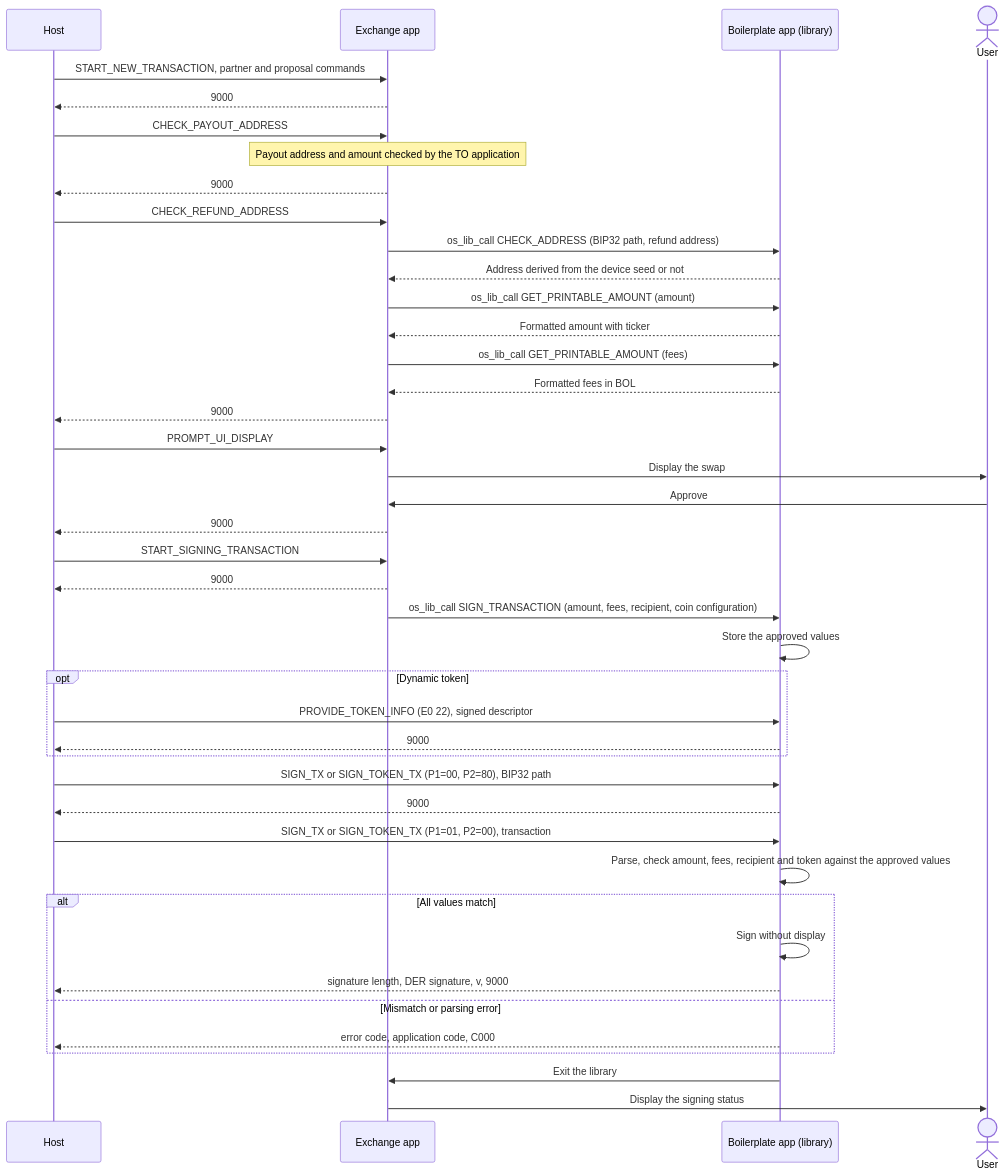
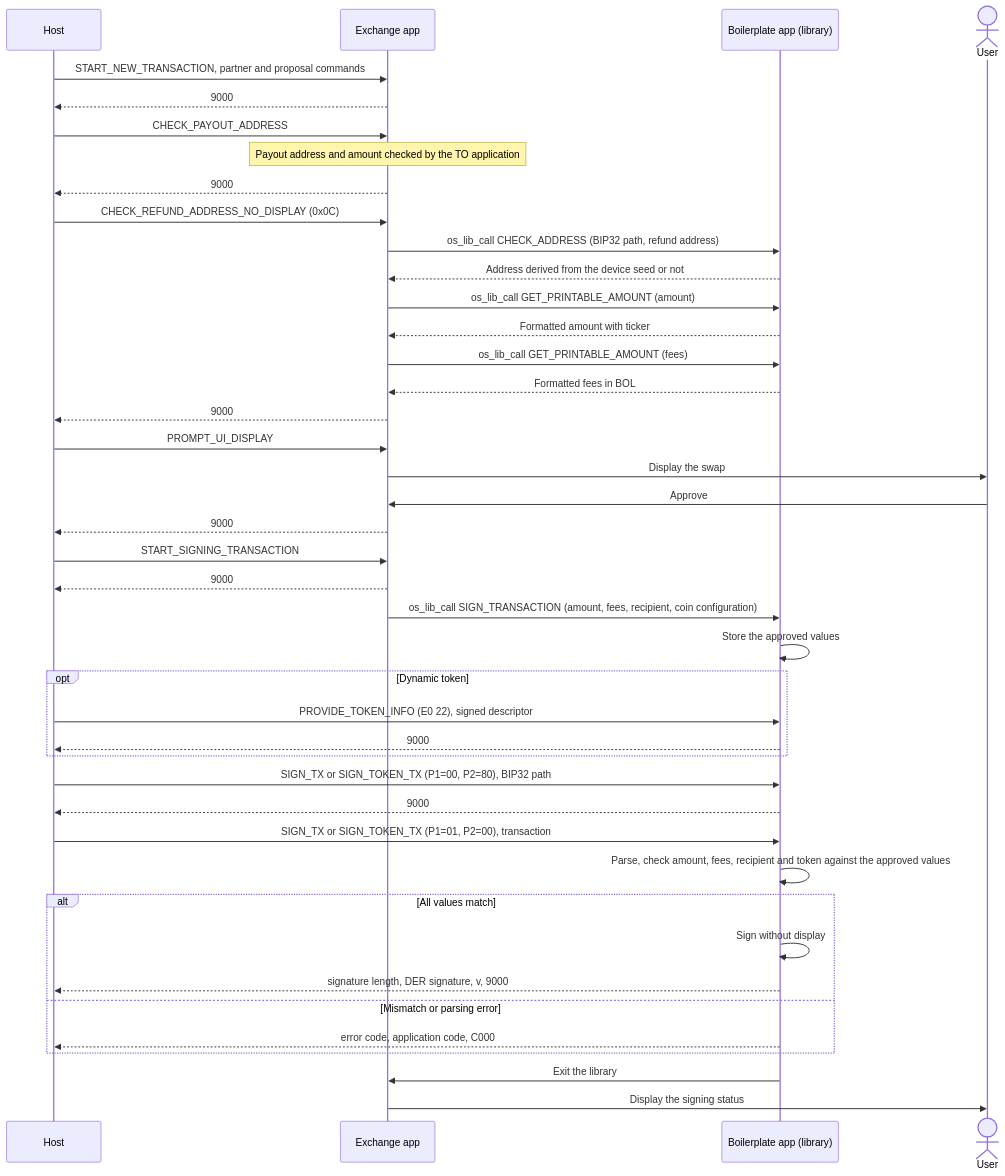
The seventh of 8 diagrams in doc/FLOWS.md (LedgerHQ/app-boilerplate), drawn with Mermaid before and after one commit.

Commit message:
Rename CHECK_REFUND_ADDRESS to CHECK_REFUND_ADDRESS_NO_DISPLAY

````diff
--- a/doc/FLOWS.md
+++ b/doc/FLOWS.md
@@ -255,45 +255,45 @@
 ```mermaid
 sequenceDiagram
     participant H as Host
     participant E as Exchange app
     participant A as Boilerplate app (library)
     actor U as User
 
     H->>E: START_NEW_TRANSACTION, partner and proposal commands
     E-->>H: 9000
     H->>E: CHECK_PAYOUT_ADDRESS
     Note over E: Payout address and amount checked by the TO application
     E-->>H: 9000
-    H->>E: CHECK_REFUND_ADDRESS
+    H->>E: CHECK_REFUND_ADDRESS_NO_DISPLAY (0x0C)
     E->>A: os_lib_call CHECK_ADDRESS (BIP32 path, refund address)
     A-->>E: Address derived from the device seed or not
     E->>A: os_lib_call GET_PRINTABLE_AMOUNT (amount)
     A-->>E: Formatted amount with ticker
     E->>A: os_lib_call GET_PRINTABLE_AMOUNT (fees)
     A-->>E: Formatted fees in BOL
     E-->>H: 9000
     H->>E: PROMPT_UI_DISPLAY
     E->>U: Display the swap
     U->>E: Approve
     E-->>H: 9000
     H->>E: START_SIGNING_TRANSACTION
     E-->>H: 9000
     E->>A: os_lib_call SIGN_TRANSACTION (amount, fees, recipient, coin configuration)
     A->>A: Store the approved values
     opt Dynamic token
         H->>A: PROVIDE_TOKEN_INFO (E0 22), signed descriptor
         A-->>H: 9000
     end
     H->>A: SIGN_TX or SIGN_TOKEN_TX (P1=00, P2=80), BIP32 path
     A-->>H: 9000
     H->>A: SIGN_TX or SIGN_TOKEN_TX (P1=01, P2=00), transaction
     A->>A: Parse, check amount, fees, recipient and token against the approved values
     alt All values match
         A->>A: Sign without display
         A-->>H: signature length, DER signature, v, 9000
     else Mismatch or parsing error
         A-->>H: error code, application code, C000
     end
     A->>E: Exit the library
     E->>U: Display the signing status
 ```
````
